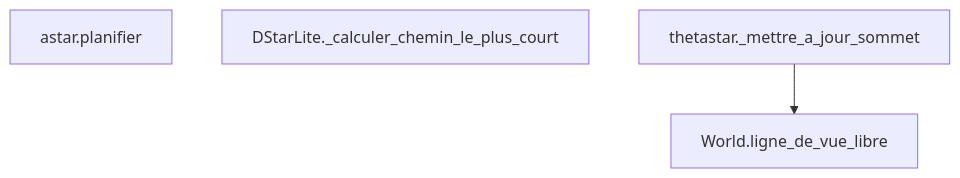
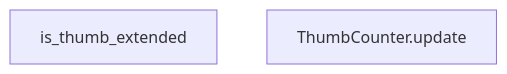
Before and after one commit to tatolcbl/IHR: the second of 2 diagrams in enonce.md, drawn with Mermaid. The commit also changed other lines of this file, not shown here.

````diff
--- a/enonce.md
+++ b/enonce.md
@@ -63,8 +43,5 @@
 ```mermaid
 flowchart TD
-    astar_planifier["astar.planifier"]
-    DStarLite__calculer_chemin_le_plus_court["DStarLite._calculer_chemin_le_plus_court"]
-    thetastar__mettre_a_jour_sommet["thetastar._mettre_a_jour_sommet"]
-    World_ligne_de_vue_libre["World.ligne_de_vue_libre"]
-    thetastar__mettre_a_jour_sommet --> World_ligne_de_vue_libre
+    is_thumb_extended["is_thumb_extended"]
+    ThumbCounter_update["ThumbCounter.update"]
 ```
````
